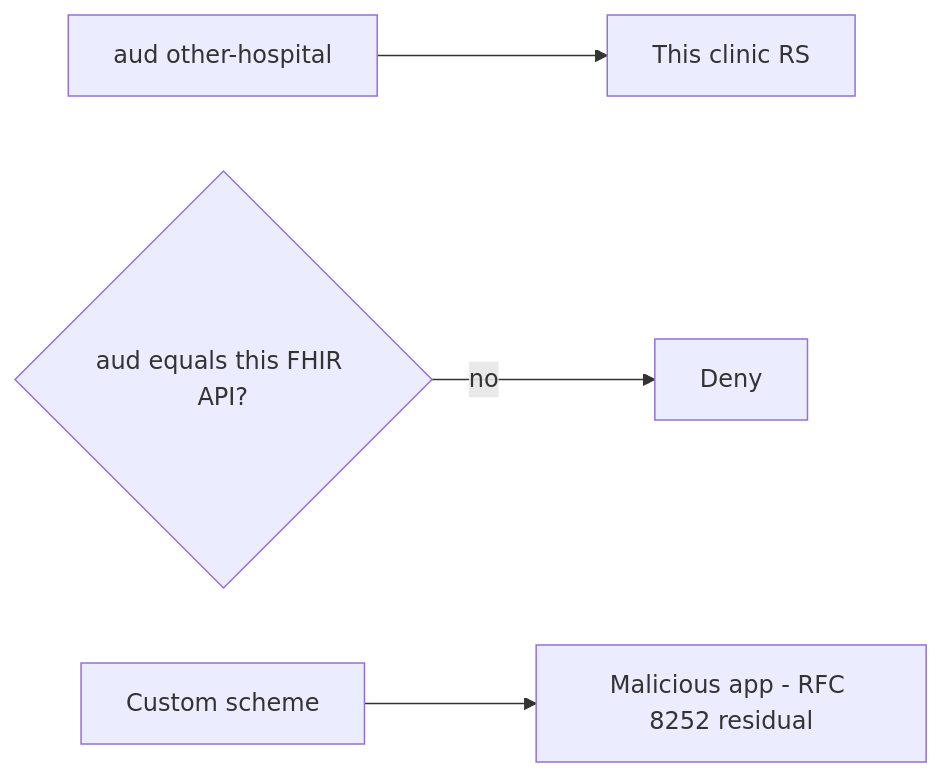
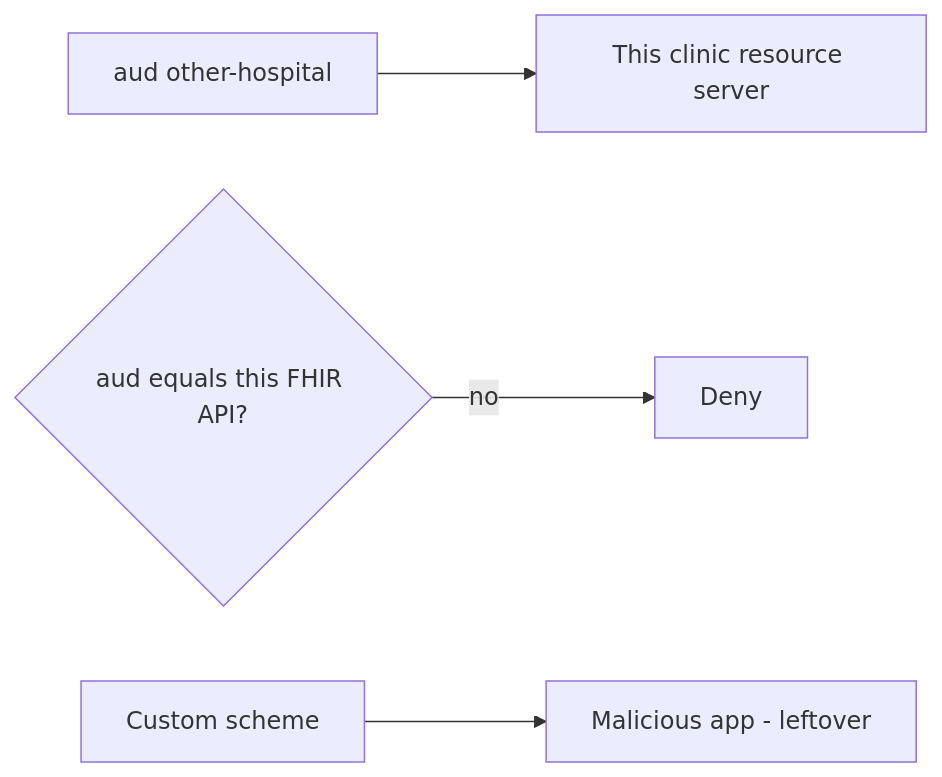
One commit to ishitvagoel/LearnSecurity changed the diagram in content/modules/4/4.5/lessons/07-transfer.md. Above: the diagram before and after it, drawn with Mermaid. The commit also changed other lines of this file and 39 other files, not shown here.

````diff
--- a/content/modules/4/4.5/lessons/07-transfer.md
+++ b/content/modules/4/4.5/lessons/07-transfer.md
@@ -26,6 +25,6 @@
 ```mermaid
 flowchart LR
-  Token["aud other-hospital"] --> EHR[This clinic RS]
+  Token["aud other-hospital"] --> EHR[This clinic resource server]
   Check{"aud equals this FHIR API?"} -->|no| Deny[Deny]
-  Native[Custom scheme] --> Intercept[Malicious app - RFC 8252 residual]
+  Native[Custom scheme] --> Intercept[Malicious app - leftover]
 ```
````
